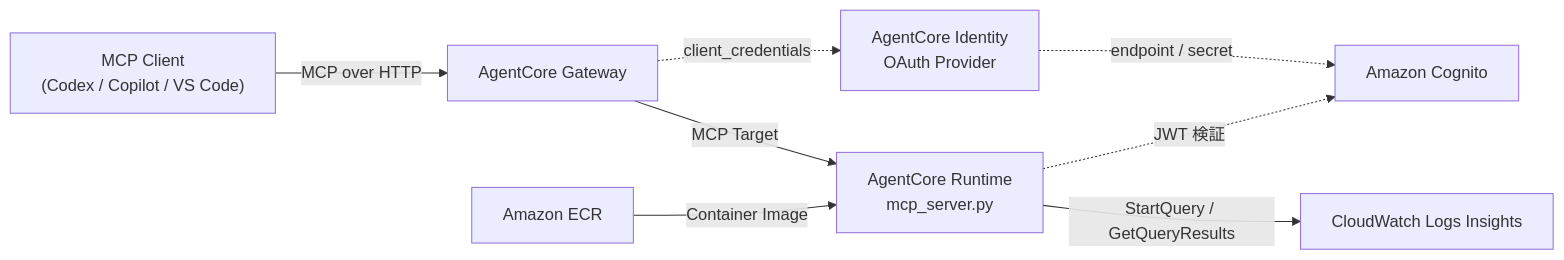
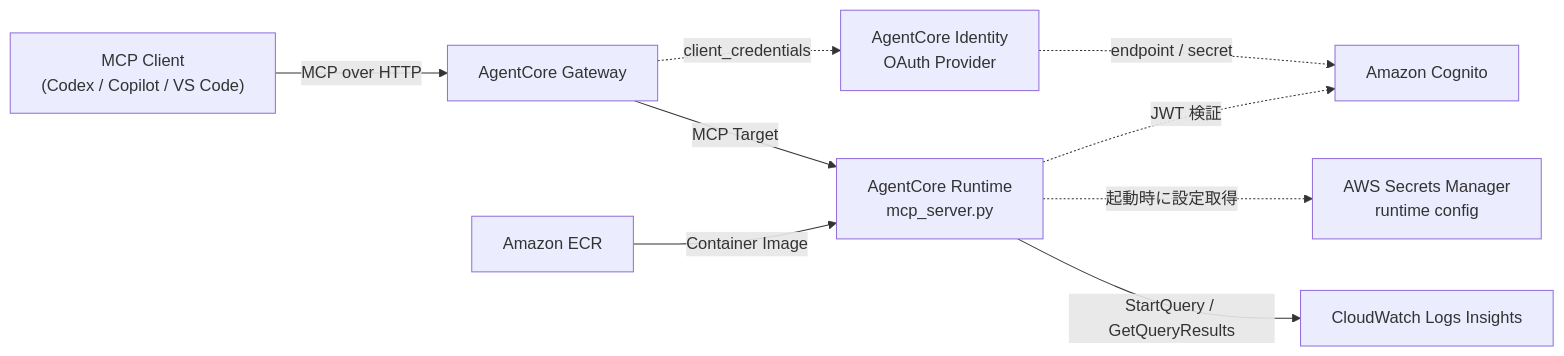
Before and after one commit to matthewTechCom/devops_agent: the first of 2 diagrams in docs/project-structure.md, drawn with Mermaid. The commit also changed other lines of this file and 9 other files, not shown here.

````diff
--- a/docs/project-structure.md
+++ b/docs/project-structure.md
@@ -7,18 +7,20 @@
 ```mermaid
 flowchart LR
   Client["MCP Client\n(Codex / Copilot / VS Code)"]
   Gateway["AgentCore Gateway"]
   Runtime["AgentCore Runtime\nmcp_server.py"]
   CloudWatch["CloudWatch Logs Insights"]
   Cognito["Amazon Cognito"]
   OAuthProvider["AgentCore Identity\nOAuth Provider"]
   ECR["Amazon ECR"]
+  Secrets["AWS Secrets Manager\nruntime config"]
 
   Client -->|MCP over HTTP| Gateway
   Gateway -->|MCP Target| Runtime
   Runtime -->|StartQuery / GetQueryResults| CloudWatch
+  Runtime -. 起動時に設定取得 .-> Secrets
   Runtime -. JWT 検証 .-> Cognito
   Gateway -. client_credentials .-> OAuthProvider
   OAuthProvider -. endpoint / secret .-> Cognito
   ECR -->|Container Image| Runtime
 ```
````
